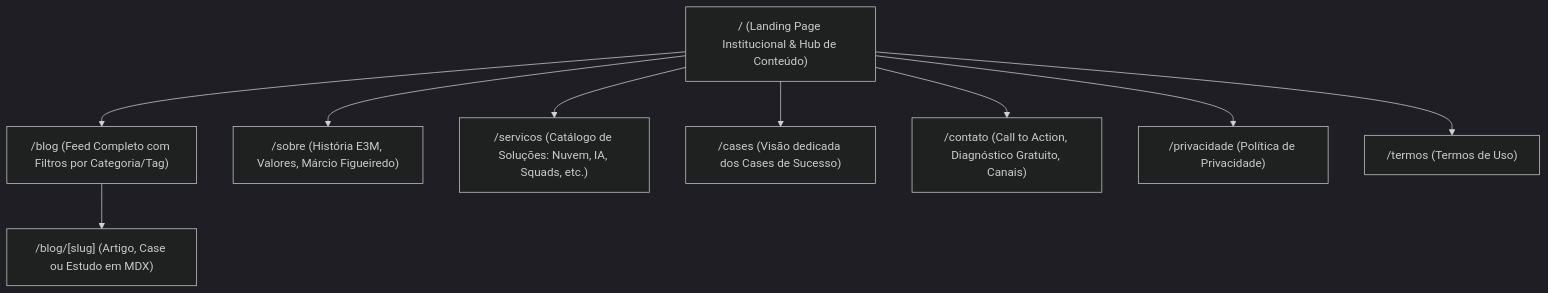
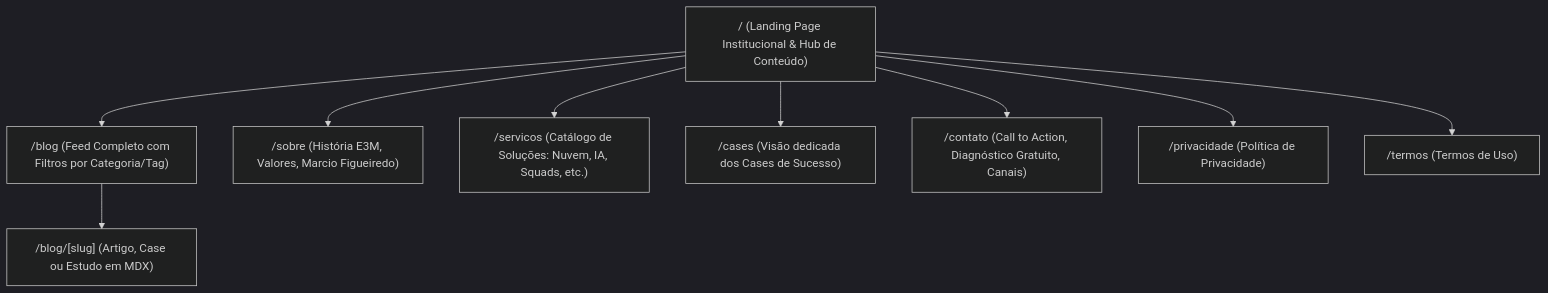
One commit to MarcioFWeb/E3M-Solutions-Portal changed the diagram in docs/HLD/001-arquitetura-de-conteudo-e-informacao.md. Above: the diagram before and after it, drawn with Mermaid (dark theme). The commit also changed other lines of this file and 7 other files, not shown here.

Commit message:
fix: padronizar grafia do nome para Marcio Figueiredo (sem acento)

````diff
--- a/docs/HLD/001-arquitetura-de-conteudo-e-informacao.md
+++ b/docs/HLD/001-arquitetura-de-conteudo-e-informacao.md
@@ -38,21 +38,21 @@
 ```mermaid
 graph TD
     Home["/ (Landing Page Institucional & Hub de Conteúdo)"]
     BlogIndex["/blog (Feed Completo com Filtros por Categoria/Tag)"]
     BlogPost["/blog/[slug] (Artigo, Case ou Estudo em MDX)"]
-    Sobre["/sobre (História E3M, Valores, Márcio Figueiredo)"]
+    Sobre["/sobre (História E3M, Valores, Marcio Figueiredo)"]
     Servicos["/servicos (Catálogo de Soluções: Nuvem, IA, Squads, etc.)"]
     Cases["/cases (Visão dedicada dos Cases de Sucesso)"]
     Contato["/contato (Call to Action, Diagnóstico Gratuito, Canais)"]
     Privacidade["/privacidade (Política de Privacidade)"]
     Termos["/termos (Termos de Uso)"]
 
     Home --> BlogIndex
     Home --> Sobre
     Home --> Servicos
     Home --> Cases
     Home --> Contato
     BlogIndex --> BlogPost
     Home --> Privacidade
     Home --> Termos
 ```
````
